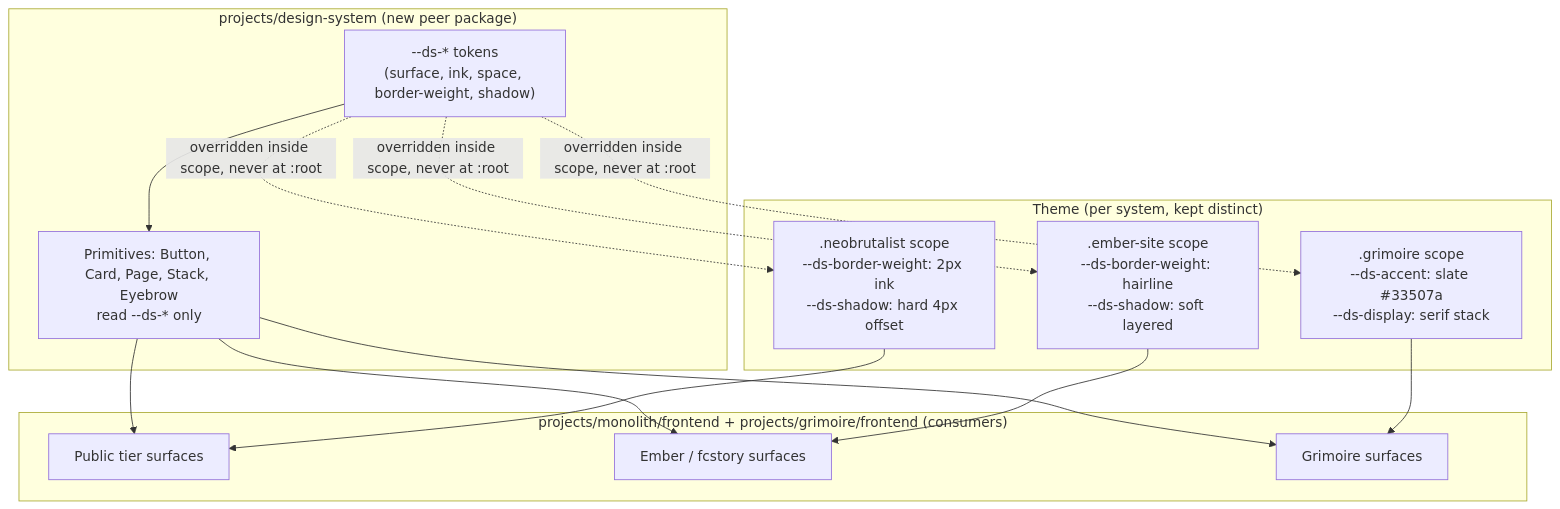
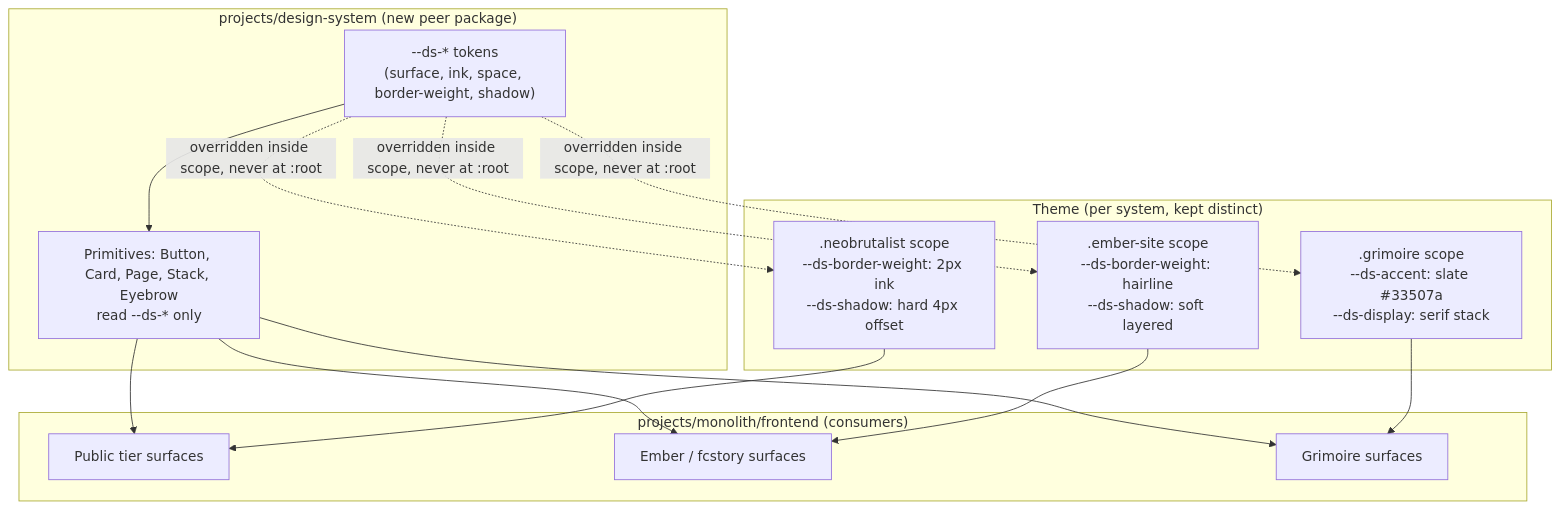
The diagram in docs/decisions/platform/013-design-system-contract-distinct-themes.md (jomcgi-org/homelab), drawn with Mermaid before and after one commit. The commit also changed other lines of this file and 292 other files, not shown here.

````diff
--- a/docs/decisions/platform/013-design-system-contract-distinct-themes.md
+++ b/docs/decisions/platform/013-design-system-contract-distinct-themes.md
@@ -236,27 +236,27 @@
 ```mermaid
 graph TB
     subgraph "projects/design-system (new peer package)"
         T["--ds-* tokens\n(surface, ink, space, border-weight, shadow)"]
         P["Primitives: Button, Card, Page, Stack, Eyebrow\nread --ds-* only"]
         T --> P
     end
     subgraph "Theme (per system, kept distinct)"
         B[".neobrutalist scope\n--ds-border-weight: 2px ink\n--ds-shadow: hard 4px offset"]
         E[".ember-site scope\n--ds-border-weight: hairline\n--ds-shadow: soft layered"]
         G[".grimoire scope\n--ds-accent: slate #33507a\n--ds-display: serif stack"]
     end
     T -.overridden inside scope, never at :root.-> B
     T -.overridden inside scope, never at :root.-> E
     T -.overridden inside scope, never at :root.-> G
-    subgraph "projects/monolith/frontend + projects/grimoire/frontend (consumers)"
+    subgraph "projects/monolith/frontend (consumers)"
         Surface1["Public tier surfaces"]
         Surface2["Ember / fcstory surfaces"]
         Surface3["Grimoire surfaces"]
     end
     P --> Surface1
     P --> Surface2
     P --> Surface3
     B --> Surface1
     E --> Surface2
     G --> Surface3
 ```
````
